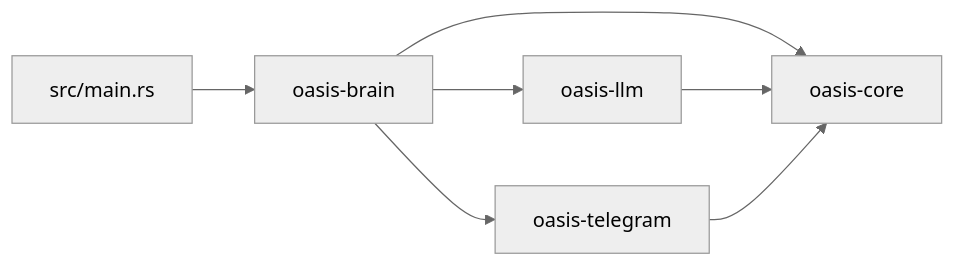
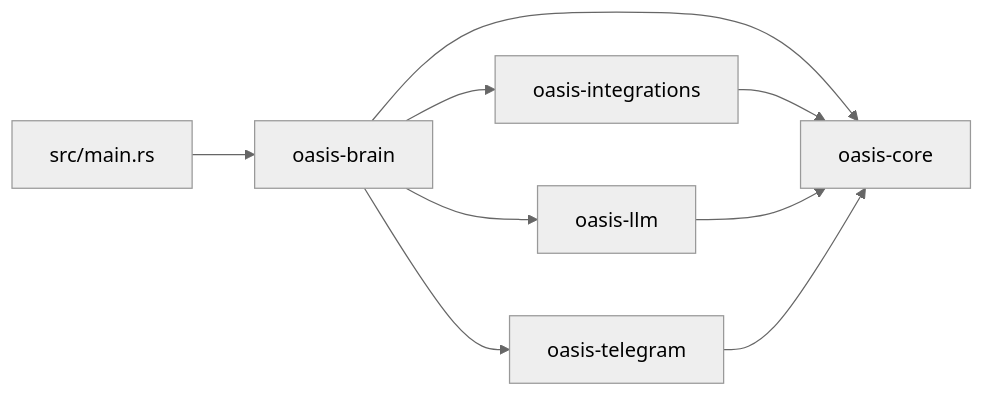
Before and after one commit to nevindra/oasis: the second of 3 diagrams in docs/ARCHITECTURE.md, drawn with Mermaid (neutral theme). The commit also changed other lines of this file and 11 other files, not shown here.

````diff
--- a/docs/ARCHITECTURE.md
+++ b/docs/ARCHITECTURE.md
@@ -40,11 +45,13 @@
 ```mermaid
 graph LR
     main[src/main.rs] --> brain[oasis-brain]
 
     brain --> llm[oasis-llm]
     brain --> telegram[oasis-telegram]
+    brain --> integrations[oasis-integrations]
     brain --> core[oasis-core]
 
+    integrations --> core
     llm --> core
     telegram --> core
 ```
````
